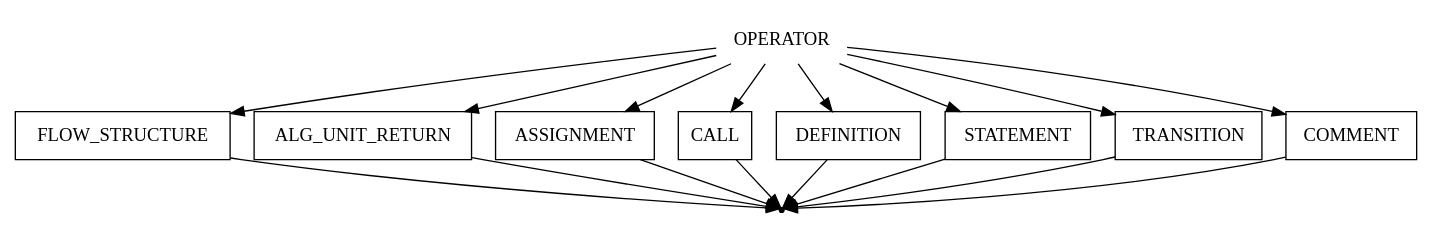
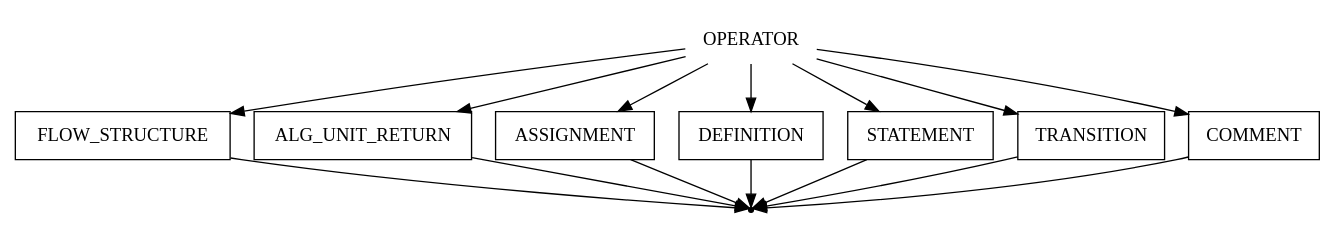
The diagram in src/CodeParser/grammar/operator.gv (mshnschnko/ProMa), drawn with Graphviz before and after one commit. The commit also changed 4 other files, not shown here.

```diff
--- a/src/CodeParser/grammar/operator.gv
+++ b/src/CodeParser/grammar/operator.gv
@@ -1,29 +1,26 @@
 digraph OPERATOR {
     start [label=OPERATOR shape=plaintext]
     flow_structure [label=FLOW_STRUCTURE shape=box]
     alg_unit_return [label=ALG_UNIT_RETURN shape=box]
     assignment [label=ASSIGNMENT shape=box]
-    call [label=CALL shape=box]
     definition [label=DEFINITION shape=box]
     statement [label=STATEMENT shape=box]
     transition [label=TRANSITION shape=box]
     comment [label=COMMENT shape=box]
     end [label="" shape=point]
 
     start -> flow_structure
     start -> assignment
-    start -> call
     start -> definition
     start -> statement
     start -> transition
     start -> comment
     start -> alg_unit_return
     alg_unit_return -> end
     flow_structure -> end
     assignment -> end
-    call -> end
     definition -> end
     statement -> end
     transition -> end
     comment -> end
 }
```
